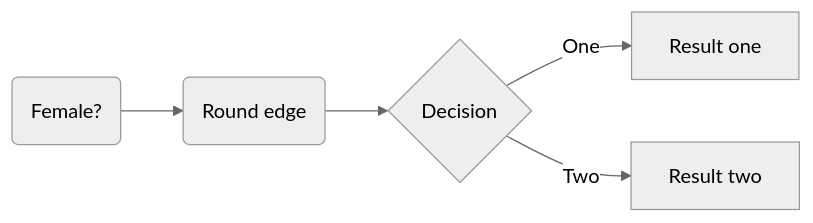
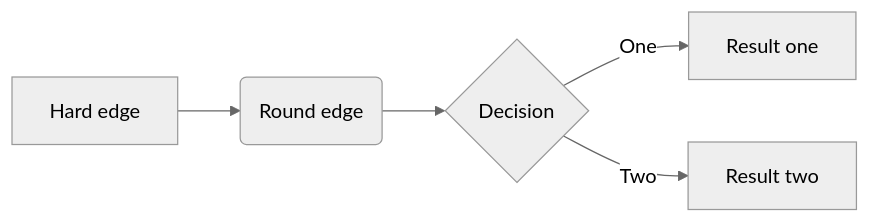
The diagram in README.md (hermanmakhm/MachineLearningProblemSets), drawn with Mermaid (neutral theme) before and after one commit.

````diff
--- a/README.md
+++ b/README.md
@@ -18,7 +18,7 @@
 ```mermaid
 graph LR
-A(Female?) -->B(Round edge)
+A[Hard edge] -->B(Round edge)
     B --> C{Decision}
     C -->|One| D[Result one]
     C -->|Two| E[Result two]
 ```
````
